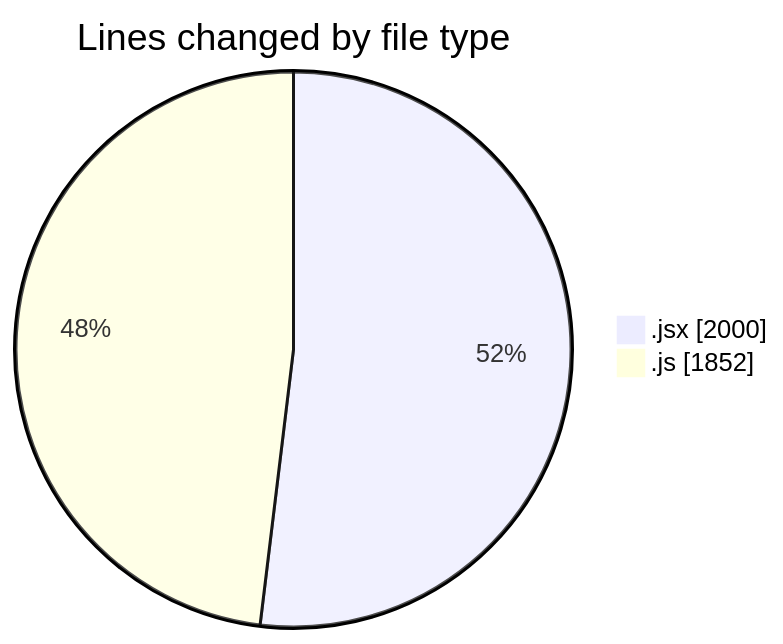
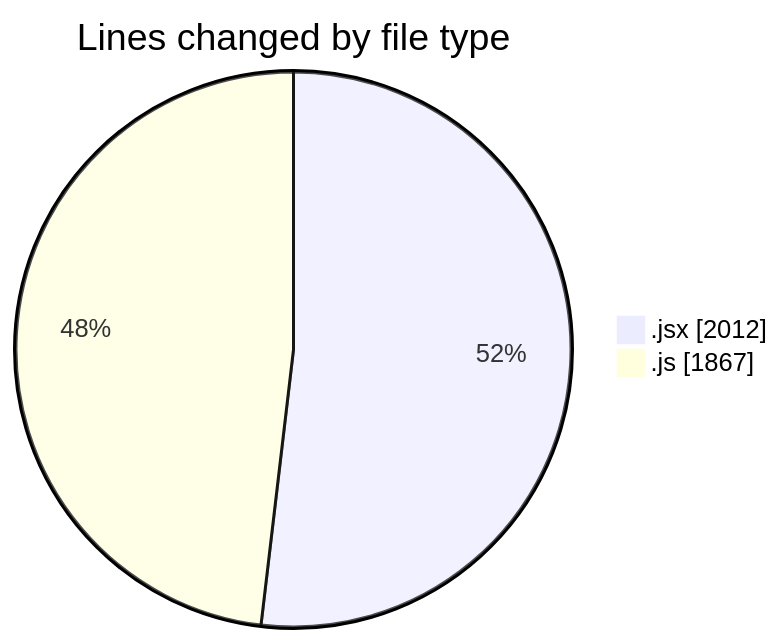
One commit to nxtqubesakshisongat/code-tracking changed the first of 2 diagrams in 2025-09-21/nxtqube_webapp/README.md. Above: the diagram before and after it, drawn with Mermaid. The commit also changed other lines of this file and 1 other file, not shown here.

````diff
--- a/2025-09-21/nxtqube_webapp/README.md
+++ b/2025-09-21/nxtqube_webapp/README.md
@@ -23,6 +23,6 @@
 ```mermaid
 pie showData
 title Lines changed by file type
-".jsx" : 2000
-".js" : 1852
+".jsx" : 2012
+".js" : 1867
 ```
````
